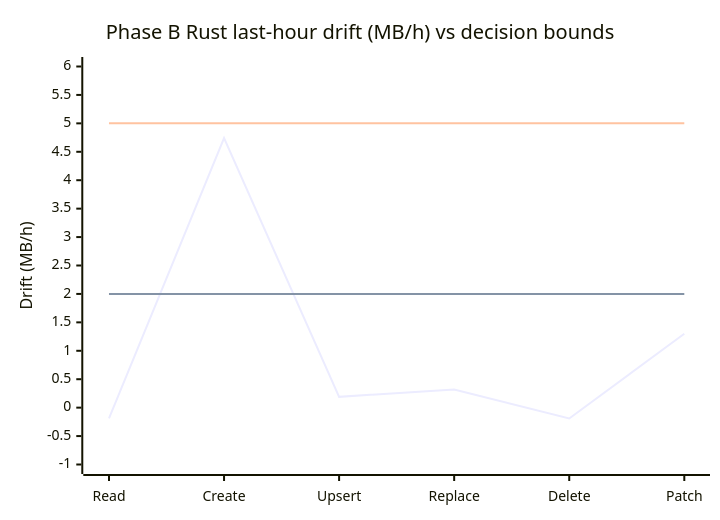
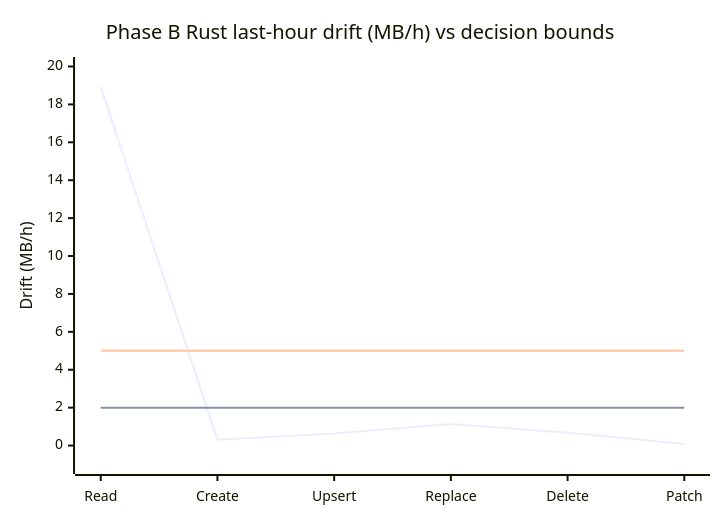
The seventh of 7 diagrams in sdk/cosmos/azure-cosmos/docs/rust-vs-python-perf-drill.md (Azure/azure-sdk-for-python), drawn with Mermaid before and after one commit. The commit also changed other lines of this file and 14 other files, not shown here.

````diff
--- a/sdk/cosmos/azure-cosmos/docs/rust-vs-python-perf-drill.md
+++ b/sdk/cosmos/azure-cosmos/docs/rust-vs-python-perf-drill.md
@@ -639,9 +384,9 @@
 ```mermaid
 xychart-beta
     title "Phase B Rust last-hour drift (MB/h) vs decision bounds"
     x-axis ["Read","Create","Upsert","Replace","Delete","Patch"]
-    y-axis "Drift (MB/h)" -1 --> 6
-    line "Rust observed drift" [-0.19,4.74,0.19,0.32,-0.19,1.30]
+    y-axis "Drift (MB/h)" -1 --> 20
+    line "Rust observed drift" [18.92,0.31,0.63,1.14,0.68,0.08]
     line "Flat upper bound (2 MB/h)" [2,2,2,2,2,2]
     line "Leak lower bound (5 MB/h)" [5,5,5,5,5,5]
 ```
````
